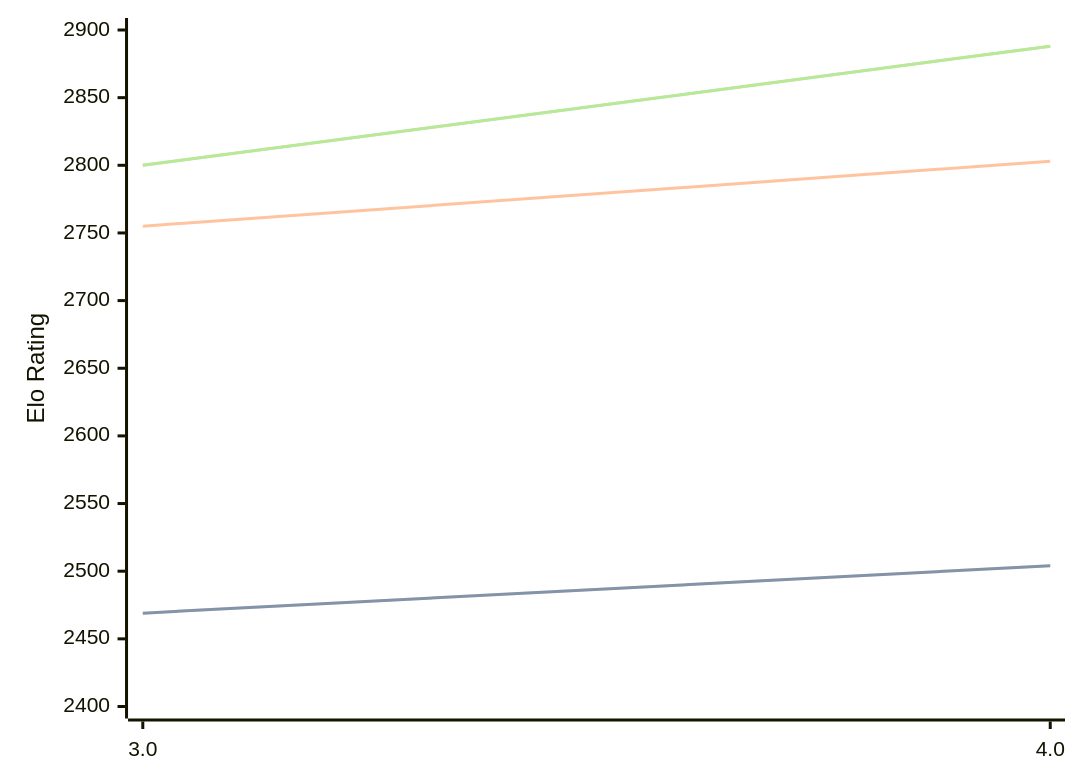
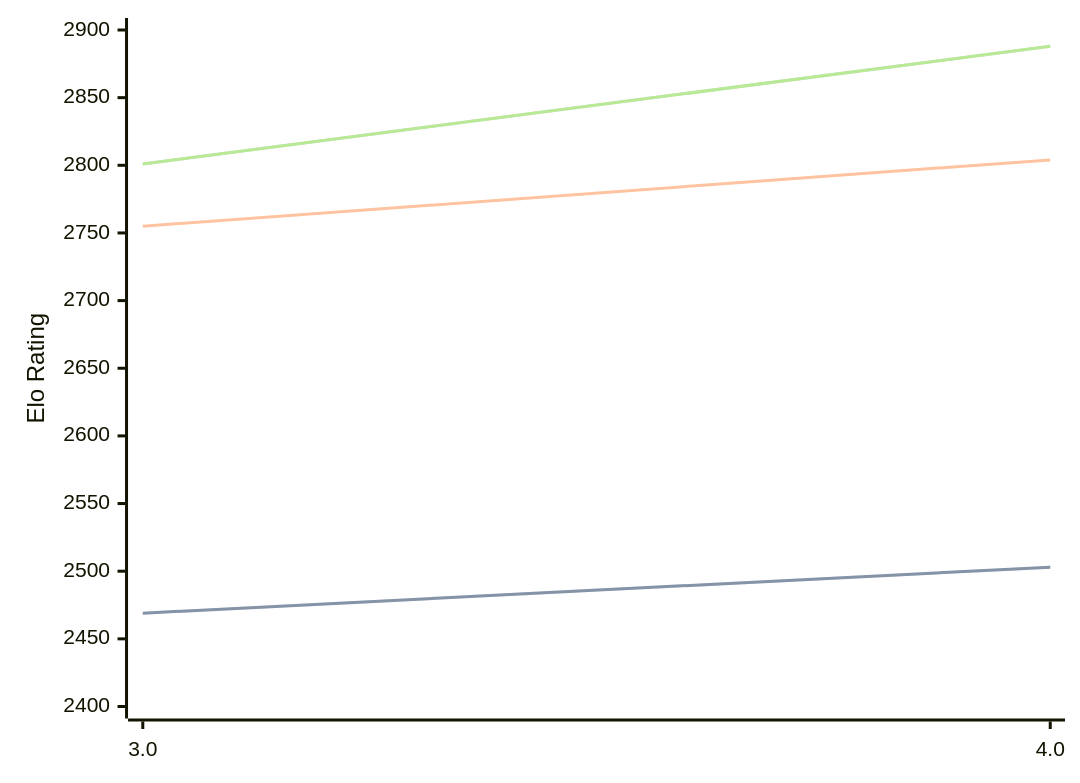
One commit to computer-chess-index/cci changed the diagram in engines/Chess3.md. Above: the diagram before and after it, drawn with Mermaid. The commit also changed other lines of this file, not shown here.

Commit message:
Update CCI Ratings (ELO VLTC) - 2026-09-06

````diff
--- a/engines/Chess3.md
+++ b/engines/Chess3.md
@@ -32,11 +32,11 @@
 ```mermaid
 %%{init: {"theme":"base","themeVariables":{"seriesColors:['#a3a3a3','#222221','#faa371']}}}%%
 xychart-beta
   x-axis ["3.0", "4.0"]
   y-axis "Elo Rating" 2400 --> 2900
-  line "" [2469, 2504]
-  line "STC (8.0+0.08s)" [2469, 2504]
-  line "LTC (60.0+0.60s)" [2755, 2803]
-  line "" [2800, 2888]
-  line "VLTC (2m24s+1.12s)" [2800, 2888]
+  line "" [2469, 2503]
+  line "STC (8.0+0.08s)" [2469, 2503]
+  line "LTC (60.0+0.60s)" [2755, 2804]
+  line "" [2801, 2888]
+  line "VLTC (2m24s+1.12s)" [2801, 2888]
 ```
````
